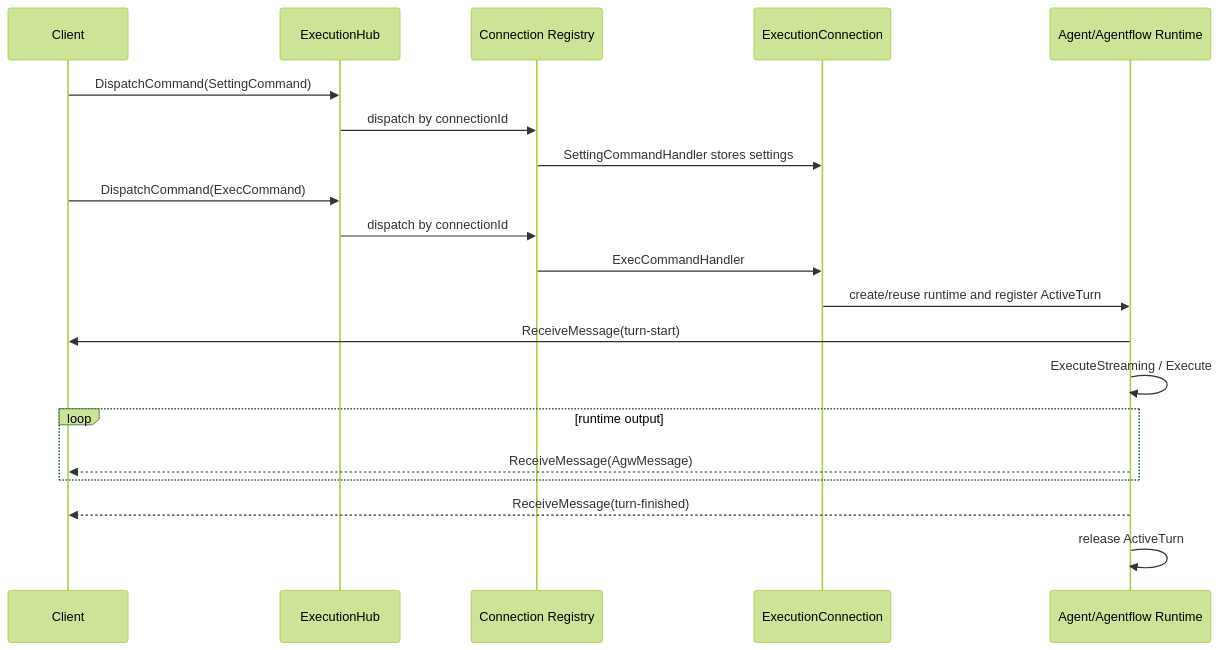
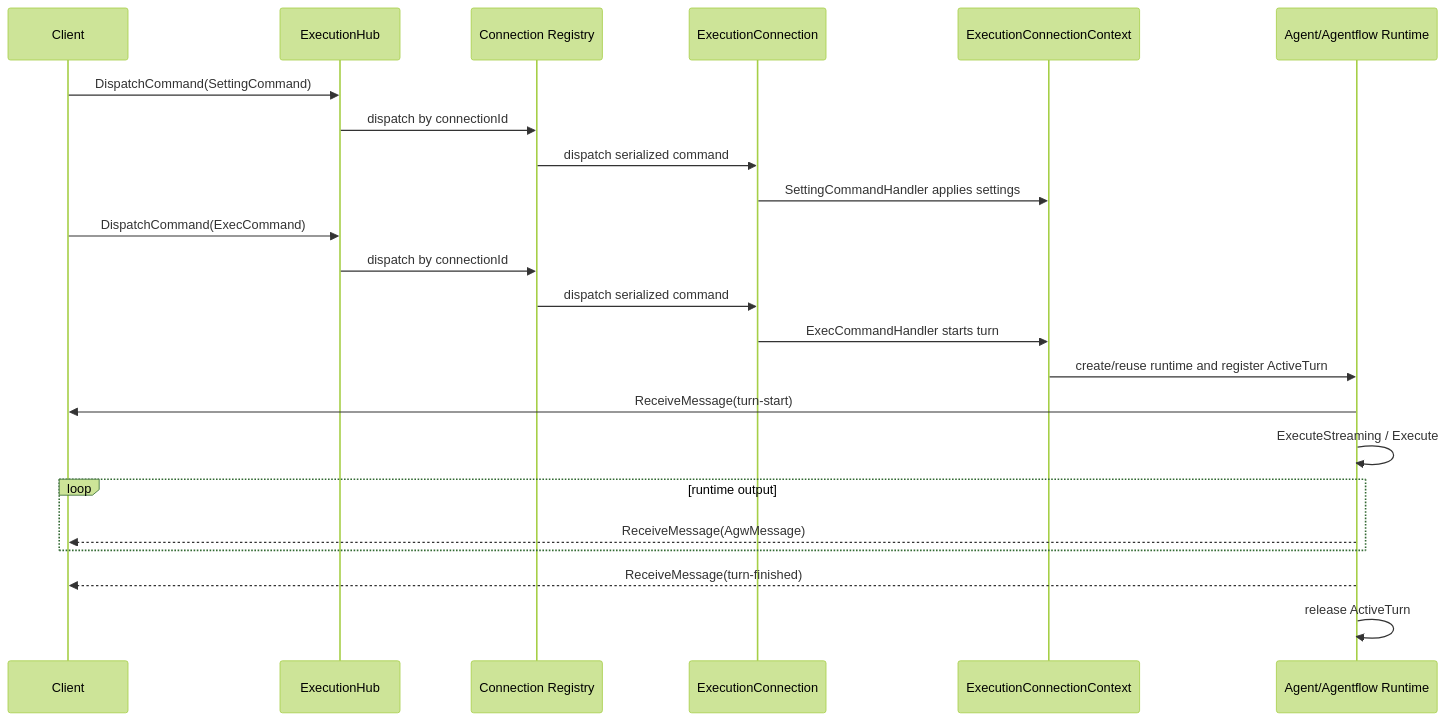
The diagram in docs/ws-flow.md (zxyao145/agw), drawn with Mermaid (forest theme) before and after one commit. The commit also changed other lines of this file and 396 other files, not shown here.

````diff
--- a/docs/ws-flow.md
+++ b/docs/ws-flow.md
@@ -23,23 +23,26 @@
 ```mermaid
 sequenceDiagram
     participant Client
     participant Hub as ExecutionHub
     participant Registry as Connection Registry
     participant Connection as ExecutionConnection
+    participant Context as ExecutionConnectionContext
     participant Runtime as Agent/Agentflow Runtime
 
     Client->>Hub: DispatchCommand(SettingCommand)
     Hub->>Registry: dispatch by connectionId
-    Registry->>Connection: SettingCommandHandler stores settings
+    Registry->>Connection: dispatch serialized command
+    Connection->>Context: SettingCommandHandler applies settings
     Client->>Hub: DispatchCommand(ExecCommand)
     Hub->>Registry: dispatch by connectionId
-    Registry->>Connection: ExecCommandHandler
-    Connection->>Runtime: create/reuse runtime and register ActiveTurn
+    Registry->>Connection: dispatch serialized command
+    Connection->>Context: ExecCommandHandler starts turn
+    Context->>Runtime: create/reuse runtime and register ActiveTurn
     Runtime->>Client: ReceiveMessage(turn-start)
     Runtime->>Runtime: ExecuteStreaming / Execute
     loop runtime output
         Runtime-->>Client: ReceiveMessage(AgwMessage)
     end
     Runtime-->>Client: ReceiveMessage(turn-finished)
     Runtime->>Runtime: release ActiveTurn
 ```
````
